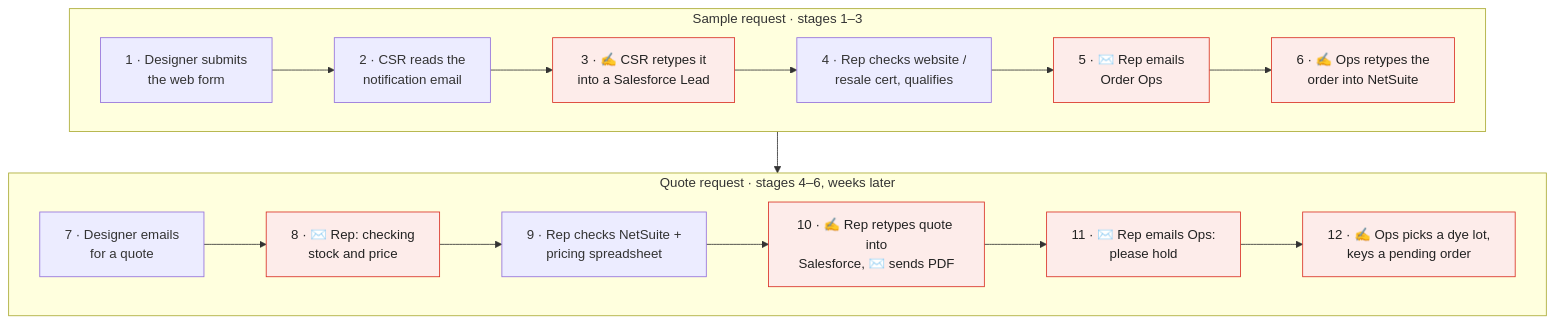
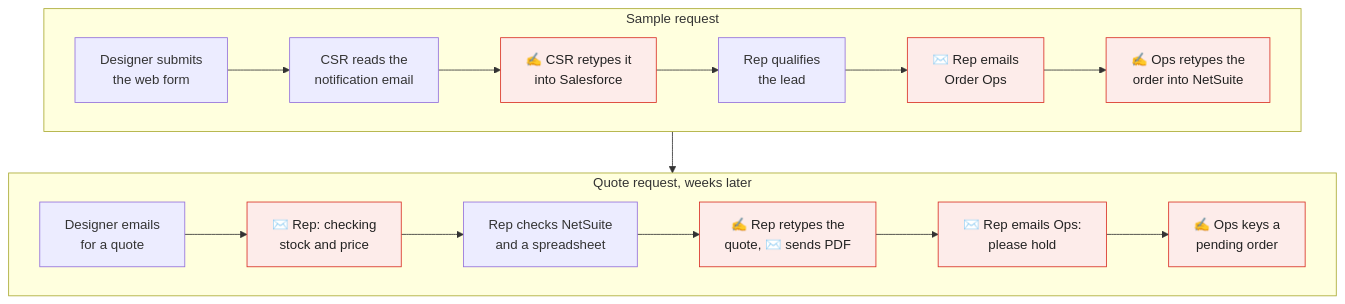
Before and after one commit to bennettdavisv2/perennials-sample-to-quote: the first of 2 diagrams in README.md, drawn with Mermaid. The commit also changed other lines of this file, not shown here.

First line of the commit message:
README: simplify old/new diagrams for a quick glance

````diff
--- a/README.md
+++ b/README.md
@@ -11,14 +9,14 @@
 ```mermaid
 flowchart TB
-  subgraph S["Sample request · stages 1–3"]
+  subgraph S["Sample request"]
     direction LR
-    o1["1 · Designer submits<br/>the web form"] --> o2["2 · CSR reads the<br/>notification email"] --> o3["3 · ✍️ CSR retypes it<br/>into a Salesforce Lead"] --> o4["4 · Rep checks website /<br/>resale cert, qualifies"] --> o5["5 · ✉️ Rep emails<br/>Order Ops"] --> o6["6 · ✍️ Ops retypes the<br/>order into NetSuite"]
+    o1["Designer submits<br/>the web form"] --> o2["CSR reads the<br/>notification email"] --> o3["✍️ CSR retypes it<br/>into Salesforce"] --> o4["Rep qualifies<br/>the lead"] --> o5["✉️ Rep emails<br/>Order Ops"] --> o6["✍️ Ops retypes the<br/>order into NetSuite"]
   end
-  subgraph Q["Quote request · stages 4–6, weeks later"]
+  subgraph Q["Quote request, weeks later"]
     direction LR
-    o7["7 · Designer emails<br/>for a quote"] --> o8["8 · ✉️ Rep: checking<br/>stock and price"] --> o9["9 · Rep checks NetSuite +<br/>pricing spreadsheet"] --> o10["10 · ✍️ Rep retypes quote into<br/>Salesforce, ✉️ sends PDF"] --> o11["11 · ✉️ Rep emails Ops:<br/>please hold"] --> o12["12 · ✍️ Ops picks a dye lot,<br/>keys a pending order"]
+    o7["Designer emails<br/>for a quote"] --> o8["✉️ Rep: checking<br/>stock and price"] --> o9["Rep checks NetSuite<br/>and a spreadsheet"] --> o10["✍️ Rep retypes the<br/>quote, ✉️ sends PDF"] --> o11["✉️ Rep emails Ops:<br/>please hold"] --> o12["✍️ Ops keys a<br/>pending order"]
   end
   S --> Q
   classDef pain fill:#fdecea,stroke:#d93025,color:#222
   class o3,o5,o6,o8,o10,o11,o12 pain
 ```
````
